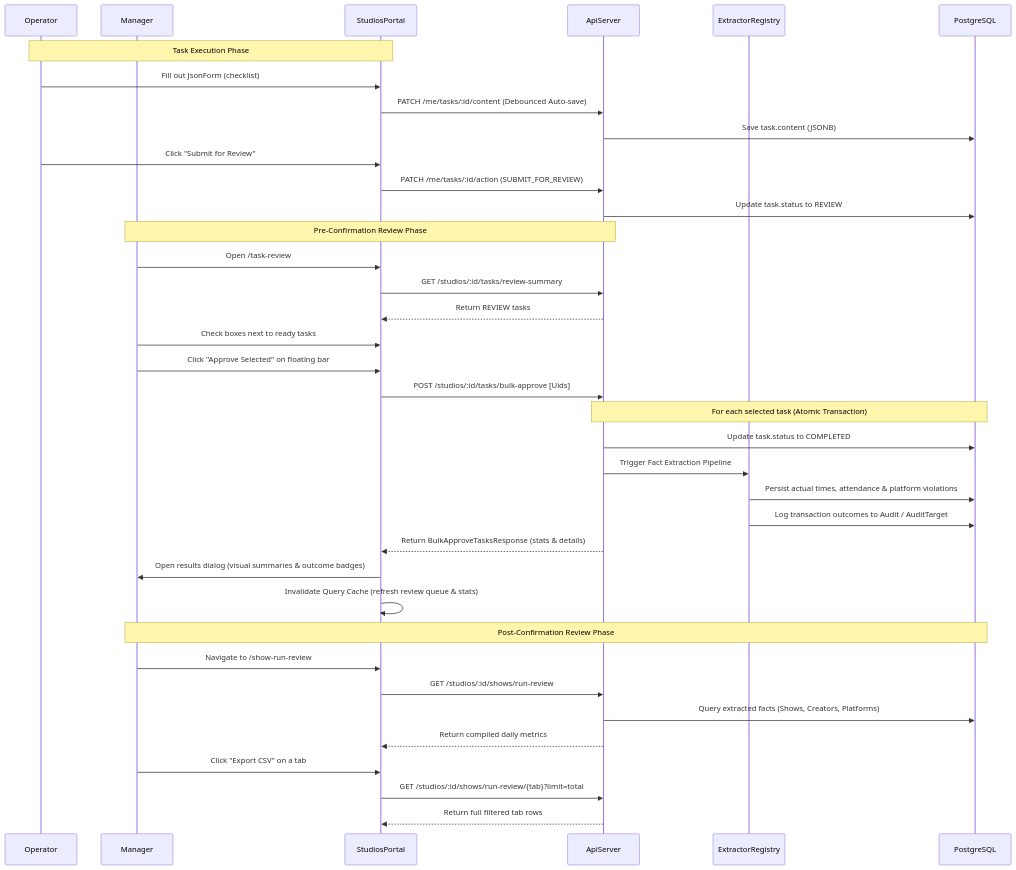
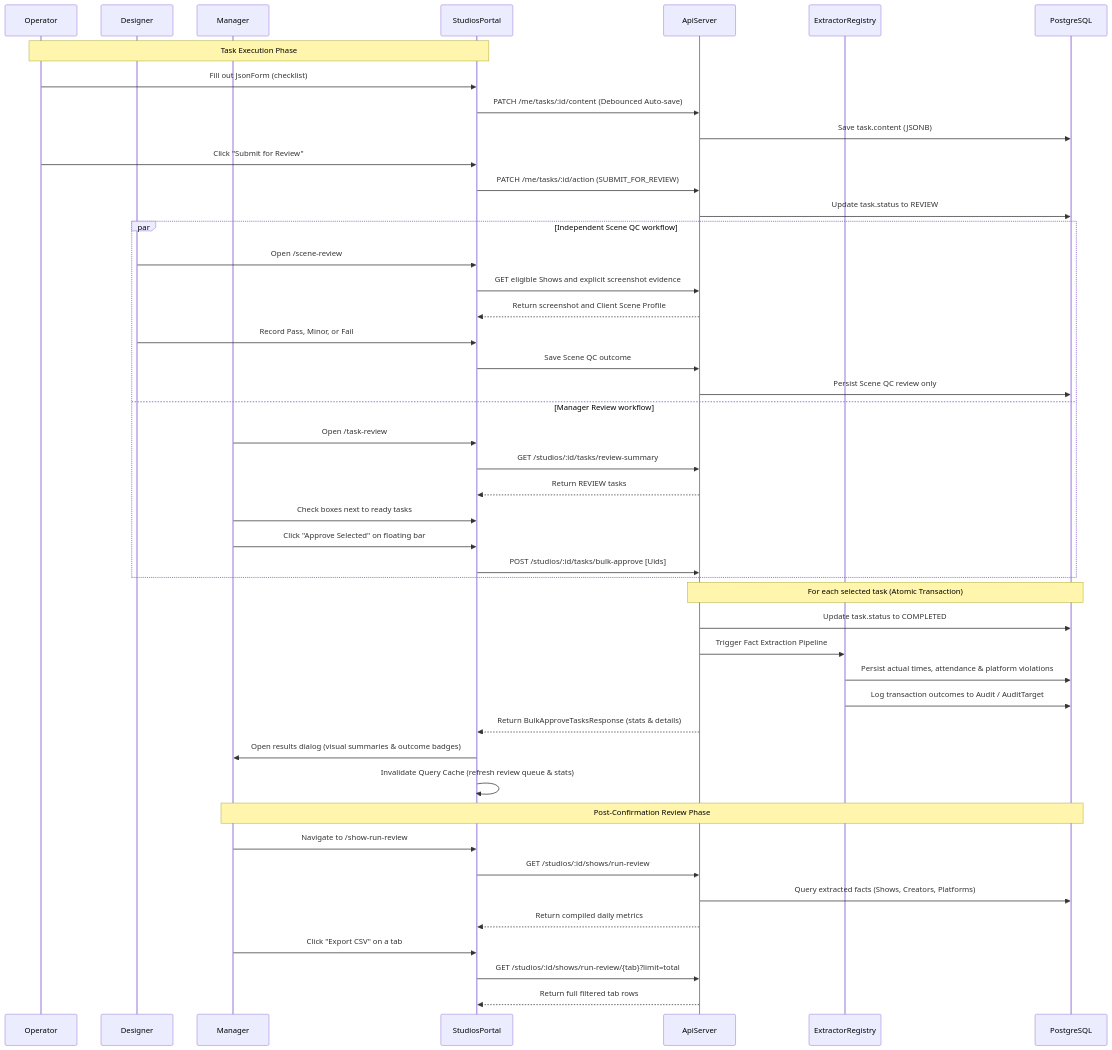
Before and after one commit to allenlin90/eridu-services: the diagram in docs/workflows/task-and-operations-review.md, drawn with Mermaid. The commit also changed other lines of this file and 265 other files, not shown here.

First line of the commit message:
Scene QC: persisted, Show-level replacement for Scene Review (#343)

````diff
--- a/docs/workflows/task-and-operations-review.md
+++ b/docs/workflows/task-and-operations-review.md
@@ -101,44 +100,53 @@
 ```mermaid
 sequenceDiagram
     participant Operator
+    participant Designer
     participant Manager
     participant StudiosPortal
     participant ApiServer
     participant ExtractorRegistry
     participant PostgreSQL
 
     Note over Operator, StudiosPortal: Task Execution Phase
     Operator->>StudiosPortal: Fill out JsonForm (checklist)
     StudiosPortal->>ApiServer: PATCH /me/tasks/:id/content (Debounced Auto-save)
     ApiServer->>PostgreSQL: Save task.content (JSONB)
     Operator->>StudiosPortal: Click "Submit for Review"
     StudiosPortal->>ApiServer: PATCH /me/tasks/:id/action (SUBMIT_FOR_REVIEW)
     ApiServer->>PostgreSQL: Update task.status to REVIEW
 
-    Note over Manager, ApiServer: Pre-Confirmation Review Phase
-    Manager->>StudiosPortal: Open /task-review
-    StudiosPortal->>ApiServer: GET /studios/:id/tasks/review-summary
-    ApiServer-->>StudiosPortal: Return REVIEW tasks
-    Manager->>StudiosPortal: Check boxes next to ready tasks
-    Manager->>StudiosPortal: Click "Approve Selected" on floating bar
-    StudiosPortal->>ApiServer: POST /studios/:id/tasks/bulk-approve [Uids]
+    par Independent Scene QC workflow
+        Designer->>StudiosPortal: Open /scene-review
+        StudiosPortal->>ApiServer: GET eligible Shows and explicit screenshot evidence
+        ApiServer-->>StudiosPortal: Return screenshot and Client Scene Profile
+        Designer->>StudiosPortal: Record Pass, Minor, or Fail
+        StudiosPortal->>ApiServer: Save Scene QC outcome
+        ApiServer->>PostgreSQL: Persist Scene QC review only
+    and Manager Review workflow
+        Manager->>StudiosPortal: Open /task-review
+        StudiosPortal->>ApiServer: GET /studios/:id/tasks/review-summary
+        ApiServer-->>StudiosPortal: Return REVIEW tasks
+        Manager->>StudiosPortal: Check boxes next to ready tasks
+        Manager->>StudiosPortal: Click "Approve Selected" on floating bar
+        StudiosPortal->>ApiServer: POST /studios/:id/tasks/bulk-approve [Uids]
+    end
 
     Note over ApiServer, PostgreSQL: For each selected task (Atomic Transaction)
     ApiServer->>PostgreSQL: Update task.status to COMPLETED
     ApiServer->>ExtractorRegistry: Trigger Fact Extraction Pipeline
     ExtractorRegistry->>PostgreSQL: Persist actual times, attendance & platform violations
     ExtractorRegistry->>PostgreSQL: Log transaction outcomes to Audit / AuditTarget
 
     ApiServer-->>StudiosPortal: Return BulkApproveTasksResponse (stats & details)
     StudiosPortal->>Manager: Open results dialog (visual summaries & outcome badges)
     StudiosPortal->>StudiosPortal: Invalidate Query Cache (refresh review queue & stats)
 
     Note over Manager, PostgreSQL: Post-Confirmation Review Phase
     Manager->>StudiosPortal: Navigate to /show-run-review
     StudiosPortal->>ApiServer: GET /studios/:id/shows/run-review
     ApiServer->>PostgreSQL: Query extracted facts (Shows, Creators, Platforms)
     ApiServer-->>StudiosPortal: Return compiled daily metrics
     Manager->>StudiosPortal: Click "Export CSV" on a tab
     StudiosPortal->>ApiServer: GET /studios/:id/shows/run-review/{tab}?limit=total
     ApiServer-->>StudiosPortal: Return full filtered tab rows
 ```
````
